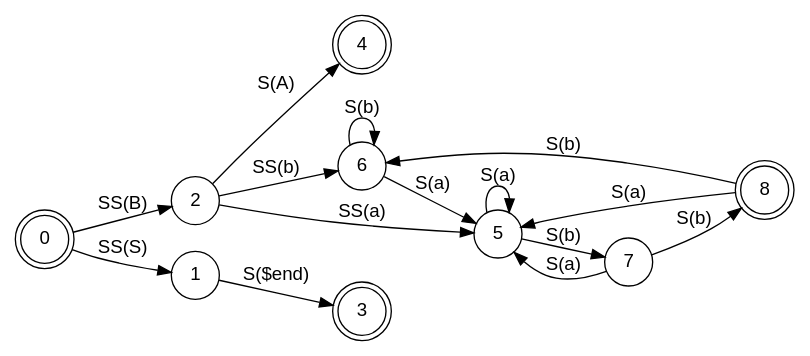
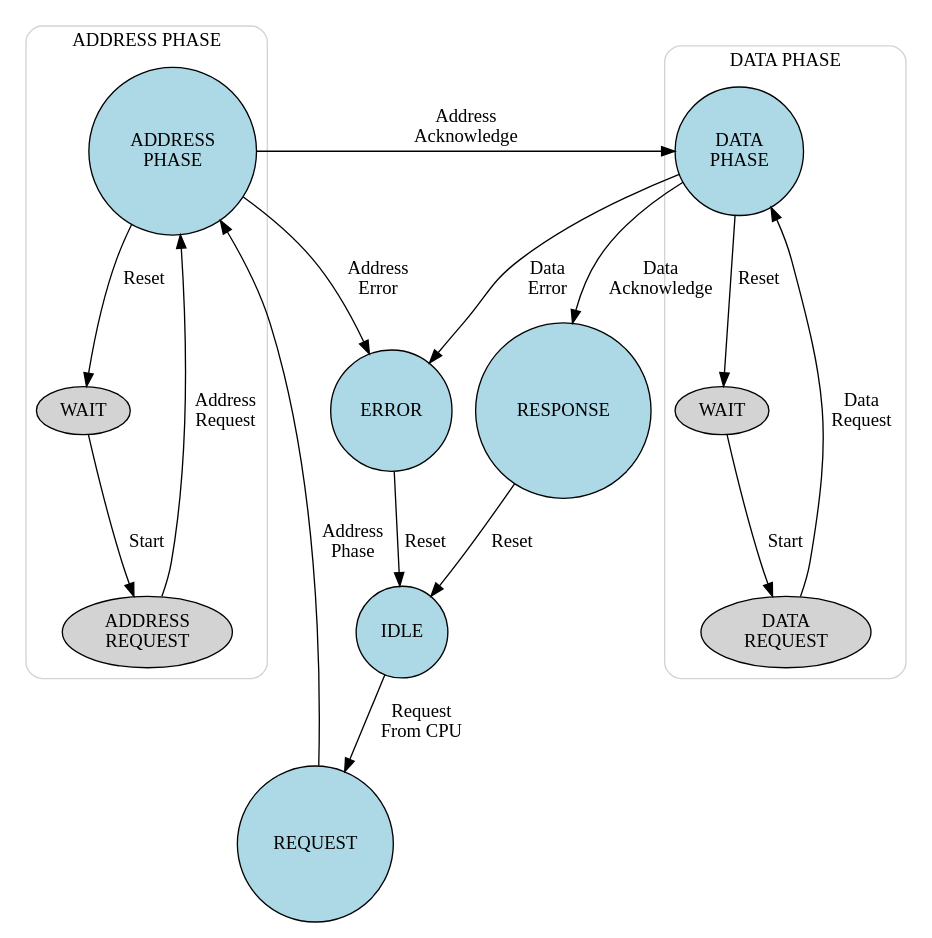
Before and after one commit to PacoReinaCampo/SoC-RTOS: the diagram in requirements/uml/library/core/biu/peripheral_behavioral_state.dot, drawn with Graphviz. The commit also changed 130 other files, not shown here.

```diff
--- a/requirements/uml/library/core/biu/peripheral_behavioral_state.dot
+++ b/requirements/uml/library/core/biu/peripheral_behavioral_state.dot
@@ -1,22 +1,47 @@
-digraph finite_state_machine {
-	fontname="Helvetica,Arial,sans-serif"
-	node [fontname="Helvetica,Arial,sans-serif"]
-	edge [fontname="Helvetica,Arial,sans-serif"]
-	rankdir=LR;
-	node [shape = doublecircle]; 0 3 4 8;
-	node [shape = circle];
-	0 -> 2 [label = "SS(B)"];
-	0 -> 1 [label = "SS(S)"];
-	1 -> 3 [label = "S($end)"];
-	2 -> 6 [label = "SS(b)"];
-	2 -> 5 [label = "SS(a)"];
-	2 -> 4 [label = "S(A)"];
-	5 -> 7 [label = "S(b)"];
-	5 -> 5 [label = "S(a)"];
-	6 -> 6 [label = "S(b)"];
-	6 -> 5 [label = "S(a)"];
-	7 -> 8 [label = "S(b)"];
-	7 -> 5 [label = "S(a)"];
-	8 -> 6 [label = "S(b)"];
-	8 -> 5 [label = "S(a)"];
+digraph behavioral_state_biu {
+  node [shape = circle, style=filled, fillcolor=lightblue];
+  
+  // Estados
+  IDLE [label="IDLE"];
+  REQUEST [label="REQUEST"];
+  ADDRESS_PHASE [label="ADDRESS\nPHASE"];
+  DATA_PHASE [label="DATA\nPHASE"];
+  RESPONSE [label="RESPONSE"];
+  ERROR [label="ERROR"];
+
+  // Transiciones
+  IDLE -> REQUEST [label="Request\nFrom CPU"];
+  REQUEST -> ADDRESS_PHASE [label="Address\nPhase"];
+  ADDRESS_PHASE -> DATA_PHASE [label="Address\nAcknowledge"];
+  ADDRESS_PHASE -> ERROR [label="Address\nError"];
+  DATA_PHASE -> RESPONSE [label="Data\nAcknowledge"];
+  DATA_PHASE -> ERROR [label="Data\nError"];
+  RESPONSE -> IDLE [label="Reset"];
+  ERROR -> IDLE [label="Reset"];
+  
+  // Subestados de la fase de dirección
+  subgraph cluster_address_phase {
+    label = " ADDRESS PHASE";
+    style = rounded;
+    color = lightgrey;
+    node [shape=ellipse, style=filled, fillcolor=lightgrey];
+    WAIT_ADDRESS [label="WAIT"];
+    ADDRESS_REQUEST [label="ADDRESS\nREQUEST"];
+    WAIT_ADDRESS -> ADDRESS_REQUEST [label="Start"];
+    ADDRESS_REQUEST -> ADDRESS_PHASE [label="Address\nRequest"];
+    ADDRESS_PHASE -> WAIT_ADDRESS [label="Reset"];
+  }
+
+  // Subestados de la fase de datos
+  subgraph cluster_data_phase {
+    label = " DATA PHASE";
+    style = rounded;
+    color = lightgrey;
+    node [shape=ellipse, style=filled, fillcolor=lightgrey];
+    WAIT_DATA [label="WAIT"];
+    DATA_REQUEST [label="DATA\nREQUEST"];
+    WAIT_DATA -> DATA_REQUEST [label="Start"];
+    DATA_REQUEST -> DATA_PHASE [label="Data\nRequest"];
+    DATA_PHASE -> WAIT_DATA [label="Reset"];
+  }
 }
```
